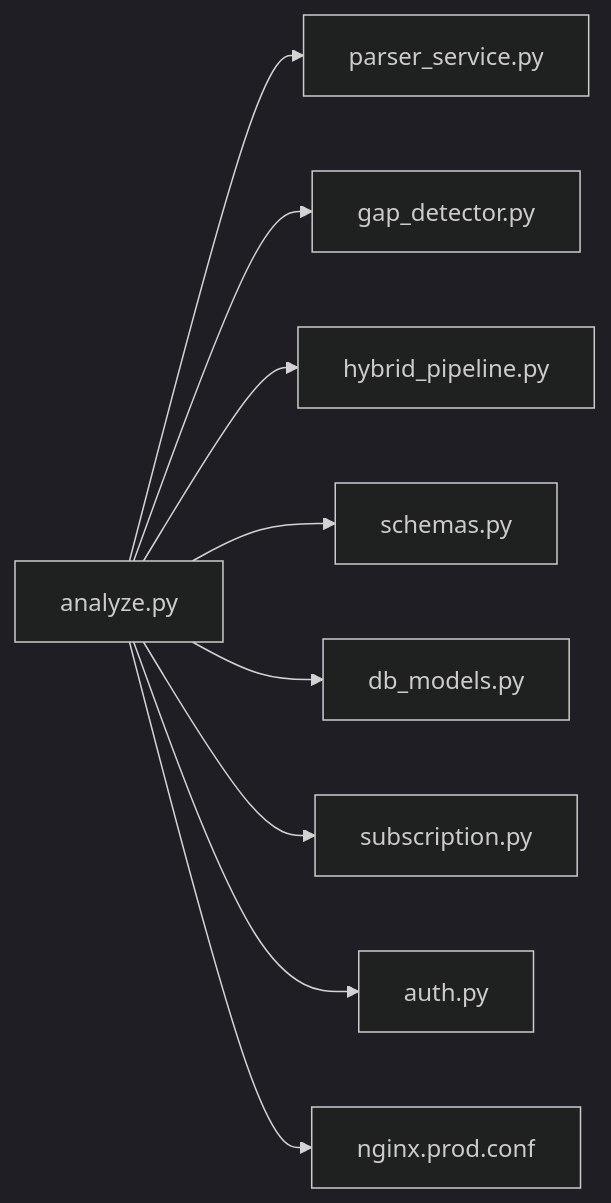
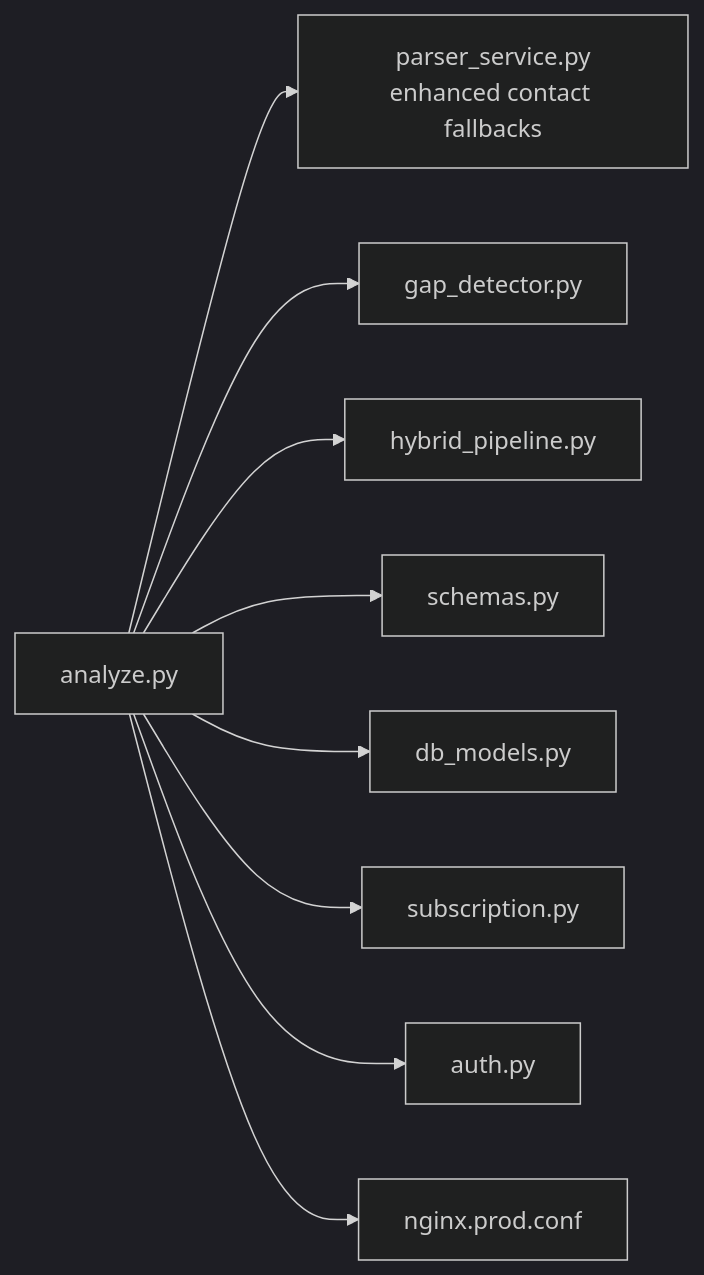
The third of 3 diagrams in .qoder/repowiki/en/content/API Reference/Analysis Endpoints/Analysis Endpoints.md (Revanththetalogics/aireume), drawn with Mermaid (dark theme) before and after one commit. The commit also changed other lines of this file and 20 other files, not shown here.

````diff
--- a/.qoder/repowiki/en/content/API Reference/Analysis Endpoints/Analysis Endpoints.md
+++ b/.qoder/repowiki/en/content/API Reference/Analysis Endpoints/Analysis Endpoints.md
@@ -367,20 +395,20 @@
 ```mermaid
 graph LR
 A["analyze.py"]
-P["parser_service.py"]
+P["parser_service.py<br/>enhanced contact fallbacks"]
 G["gap_detector.py"]
 H["hybrid_pipeline.py"]
 S["schemas.py"]
 M["db_models.py"]
 U["subscription.py"]
 T["auth.py"]
 N["nginx.prod.conf"]
 A --> P
 A --> G
 A --> H
 A --> S
 A --> M
 A --> U
 A --> T
 A --> N
 ```
````
